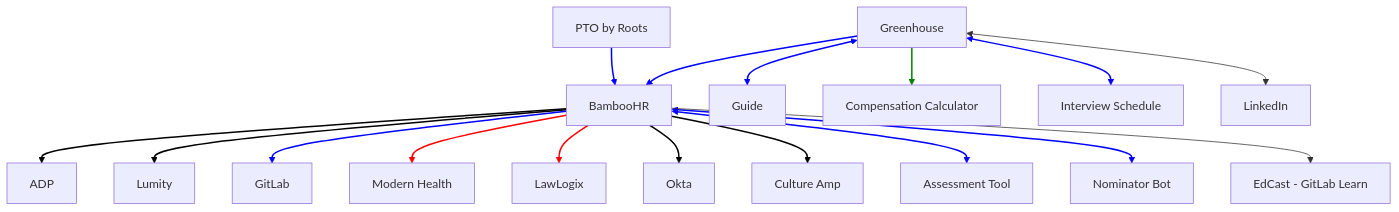
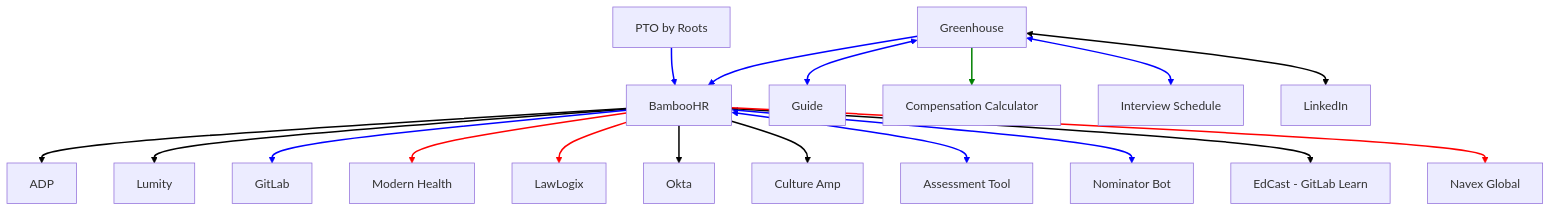
Before and after one commit to secretstartups/handbook: the diagram in people-group/systems-architecture/index.html.md, drawn with Mermaid. The commit also changed other lines of this file, not shown here.

Commit message:
Add Navex Global

````diff
--- a/people-group/systems-architecture/index.html.md
+++ b/people-group/systems-architecture/index.html.md
@@ -17,54 +17,59 @@
 ```mermaid
 flowchart TD
     A[Greenhouse]
     B[BambooHR]
     C[GitLab]
     D[Modern Health]
     E[PTO by Roots]
     F[LawLogix]
     G[Okta]
     H[Culture Amp]
     I[Assessment Tool]
     J[Nominator Bot]
     K[Guide]
     L[EdCast - GitLab Learn]
     N[ADP]
     O[Lumity]
     P[Compensation Calculator]
     Q[Interview Schedule]
     R[LinkedIn]
+    S[Navex Global]
 
     A --> P 
     linkStyle 0 stroke-width:2px,fill:none,stroke:green;
     A <--> K
     linkStyle 1 stroke-width:2px,fill:none,stroke:blue;
 
     B --> N
     linkStyle 2 stroke-width:2px,fill:none,stroke:black;
     B --> O
     linkStyle 3 stroke-width:2px,fill:none,stroke:black;
     A --> B
     linkStyle 4 stroke-width:2px,fill:none,stroke:blue;
     B --> C
     linkStyle 5 stroke-width:2px,fill:none,stroke:blue;
     B --> D
     linkStyle 6 stroke-width:2px,fill:none,stroke:red;
     B --> F
     linkStyle 7 stroke-width:2px,fill:none,stroke:red;
     B --> G
     linkStyle 8 stroke-width:2px,fill:none,stroke:black;
     B --> H
     linkStyle 9 stroke-width:2px,fill:none,stroke:black;
     B <--> I
     linkStyle 10 stroke-width:2px,fill:none,stroke:blue;
     B <--> J
     linkStyle 11 stroke-width:2px,fill:none,stroke:blue;
 
     E --> B
     linkStyle 12 stroke-width:2px,fill:none,stroke:blue;
     
     A <--> Q
     linkStyle 13 stroke-width:2px,fill:none,stroke:blue;
     B --> L
+    linkStyle 14 stroke-width:2px,fill:none,stroke:black;
     A <--> R
+    linkStyle 15 stroke-width:2px,fill:none,stroke:black;
+    B --> S
+    linkStyle 16 stroke-width:2px,fill:none,stroke:red;
 ```
````
